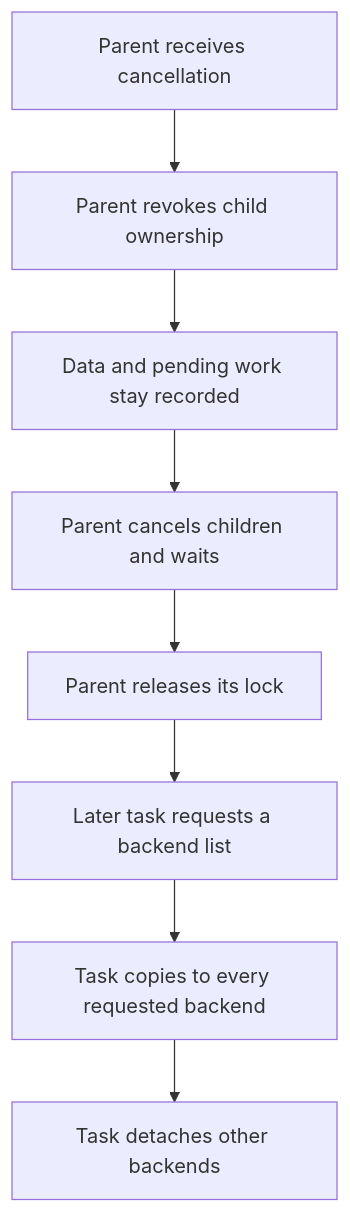
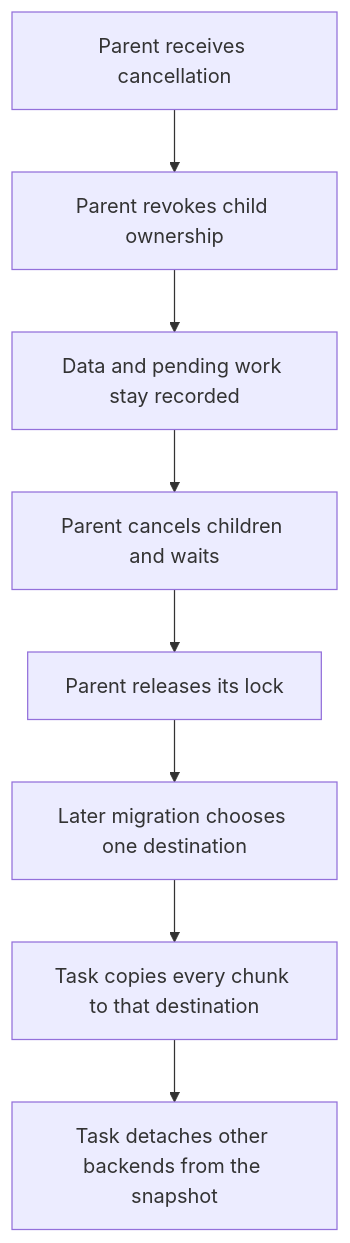
One commit to ydb-platform/nbs changed the ninth of 10 diagrams in doc/disk_manager/chunk_storage/design_doc.md. Above: the diagram before and after it, drawn with Mermaid. The commit also changed other lines of this file, not shown here.

````diff
--- a/doc/disk_manager/chunk_storage/design_doc.md
+++ b/doc/disk_manager/chunk_storage/design_doc.md
@@ -347,10 +351,10 @@
 ```mermaid
 flowchart TD
     Cancel[Parent receives cancellation] --> Revoke[Parent revokes child ownership]
     Revoke --> Keep[Data and pending work stay recorded]
     Keep --> Wait[Parent cancels children and waits]
     Wait --> Unlock[Parent releases its lock]
-    Unlock --> Later[Later task requests a backend list]
-    Later --> Copy[Task copies to every requested backend]
-    Copy --> Detach[Task detaches other backends]
+    Unlock --> Later[Later migration chooses one destination]
+    Later --> Copy[Task copies every chunk to that destination]
+    Copy --> Detach[Task detaches other backends from the snapshot]
 ```
````
